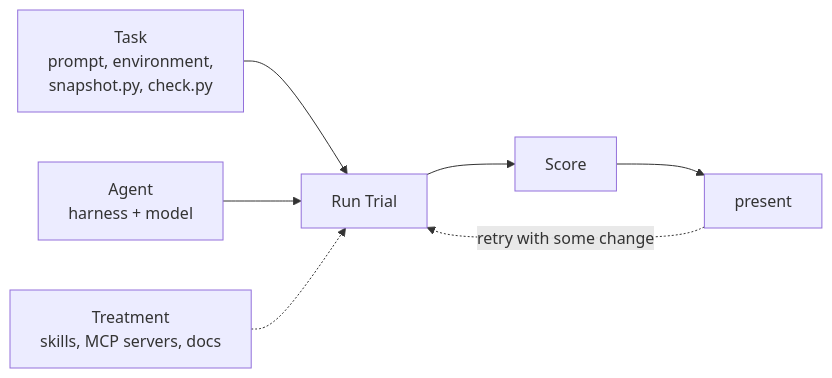
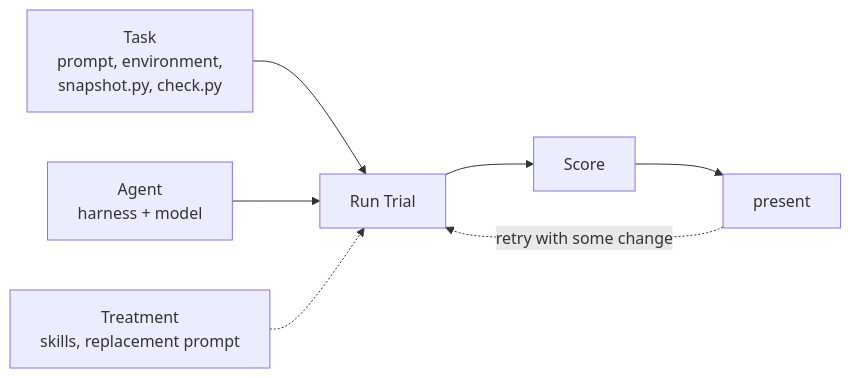
The diagram in README.md (databyjp/weval-mvp), drawn with Mermaid before and after one commit. The commit also changed other lines of this file and 16 other files, not shown here.

````diff
--- a/README.md
+++ b/README.md
@@ -20,14 +20,14 @@
 ```mermaid
 flowchart LR
     task["Task<br/>prompt, environment,<br/>snapshot.py, check.py"]
     agent["Agent<br/>harness + model"]
-    treatment["Treatment<br/>skills, MCP servers, docs"]
+    treatment["Treatment<br/>skills, replacement prompt"]
     run["Run Trial"]
     score["Score"]
 
     task --> run
     agent --> run
     treatment -.-> run
     run --> score --> present
     present -. "retry with some change" .-> run
 ```
````
